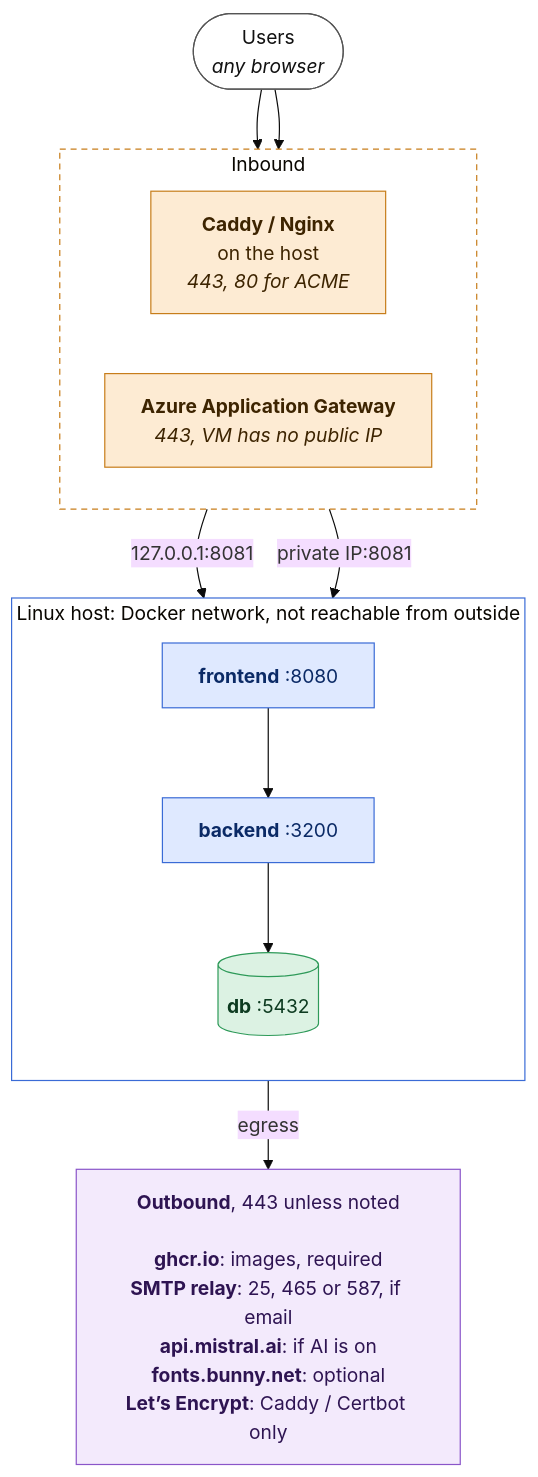
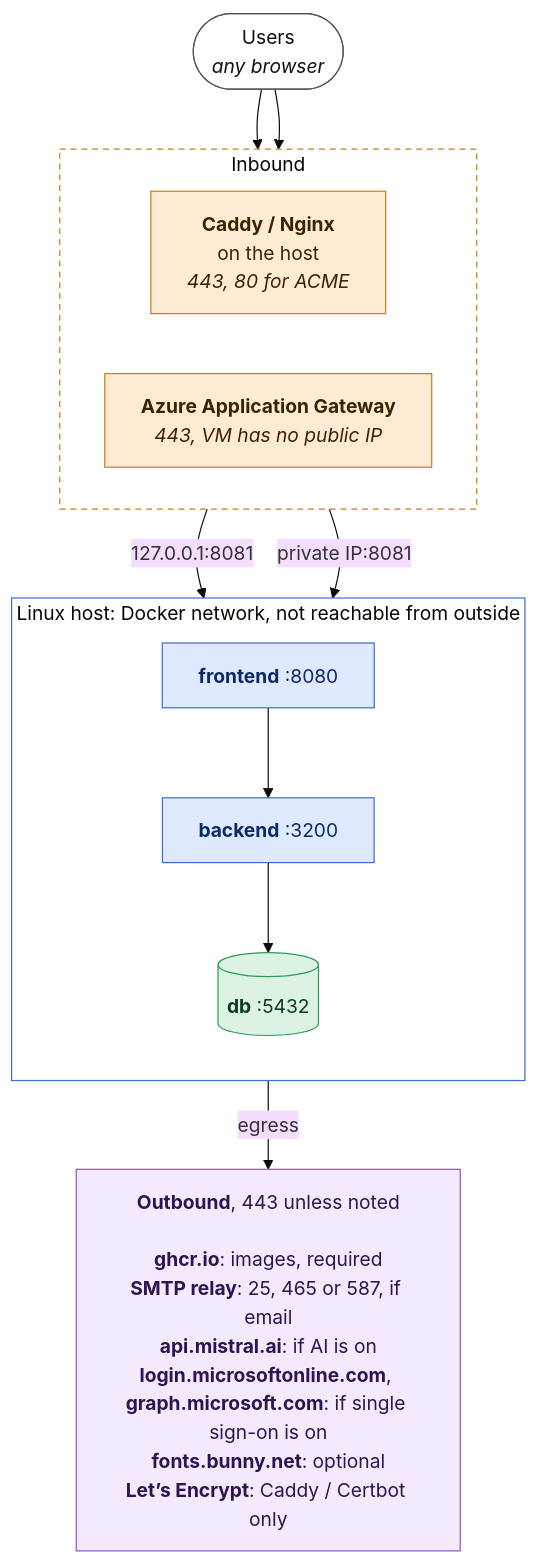
One commit to xavier-follet/afry-lms-releases changed the diagram in docs/deployment/server-requirements.md. Above: the diagram before and after it, drawn with Mermaid (base theme). The commit also changed other lines of this file and 1 other file, not shown here.

````diff
--- a/docs/deployment/server-requirements.md
+++ b/docs/deployment/server-requirements.md
@@ -30,41 +30,41 @@
 ```mermaid
 %%{init: {"flowchart": {"wrappingWidth": 260}}}%%
 flowchart TB
     users(["Users<br/><i>any browser</i>"])
 
     subgraph inbound["Inbound"]
         direction LR
         proxy["<b>Caddy / Nginx</b><br/>on the host<br/><i>443, 80 for ACME</i>"]
         agw["<b>Azure Application Gateway</b><br/><i>443, VM has no public IP</i>"]
     end
 
     subgraph host["Linux host: Docker network, not reachable from outside"]
         direction TB
         frontend["<b>frontend</b> :8080"]
         backend["<b>backend</b> :3200"]
         db[("<b>db</b> :5432")]
         frontend --> backend --> db
     end
 
-    out["<b>Outbound</b>, 443 unless noted<br/><br/><b>ghcr.io</b>: images, required<br/><b>SMTP relay</b>: 25, 465 or 587, if email<br/><b>api.mistral.ai</b>: if AI is on<br/><b>fonts.bunny.net</b>: optional<br/><b>Let’s Encrypt</b>: Caddy / Certbot only"]
+    out["<b>Outbound</b>, 443 unless noted<br/><br/><b>ghcr.io</b>: images, required<br/><b>SMTP relay</b>: 25, 465 or 587, if email<br/><b>api.mistral.ai</b>: if AI is on<br/><b>login.microsoftonline.com</b>, <b>graph.microsoft.com</b>: if single sign-on is on<br/><b>fonts.bunny.net</b>: optional<br/><b>Let’s Encrypt</b>: Caddy / Certbot only"]
 
     users --> proxy
     users --> agw
     proxy -- "127.0.0.1:8081" --> frontend
     agw -- "private IP:8081" --> frontend
 
     backend -- "egress" --> out
 
     classDef edge fill:#fdebd3,stroke:#c77d1a,color:#3d2400
     classDef app fill:#dfe9ff,stroke:#3a6bd6,color:#0b2a66
     classDef data fill:#dcf2e3,stroke:#2e9a59,color:#0d3b20
     classDef ext fill:#f3eafc,stroke:#8a55c9,color:#2e1452
     classDef client fill:#ffffff,stroke:#555,color:#111
     class proxy,agw edge
     class frontend,backend app
     class db data
     class out ext
     class users client
     style inbound fill:none,stroke:#c77d1a,stroke-dasharray:5 4
     style host fill:none,stroke:#3a6bd6
 ```
````
